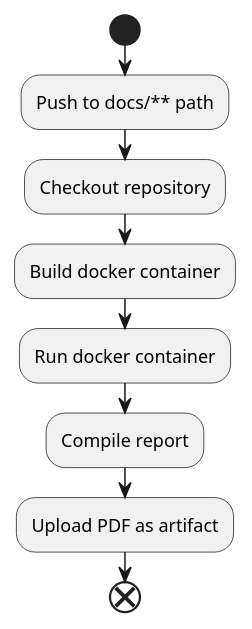
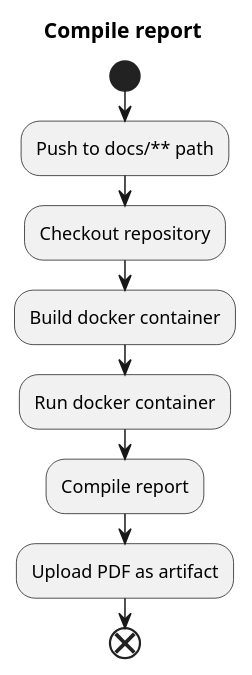
One commit to ITU-BDSA2024-GROUP14/Chirp changed diagram 13 of 14 in docs/report.md. Above: the diagram before and after it, drawn with PlantUML. The commit also changed other lines of this file, not shown here.

Commit message:
Add plantuml titles

````diff
--- a/docs/report.md
+++ b/docs/report.md
@@ -430,10 +447,13 @@
 ```plantuml
 start
+
+title Compile report
+
 :Push to docs/** path;
 :Checkout repository;
 :Build docker container;
 :Run docker container;
 :Compile report;
 :Upload PDF as artifact;
 end
 ```
````
